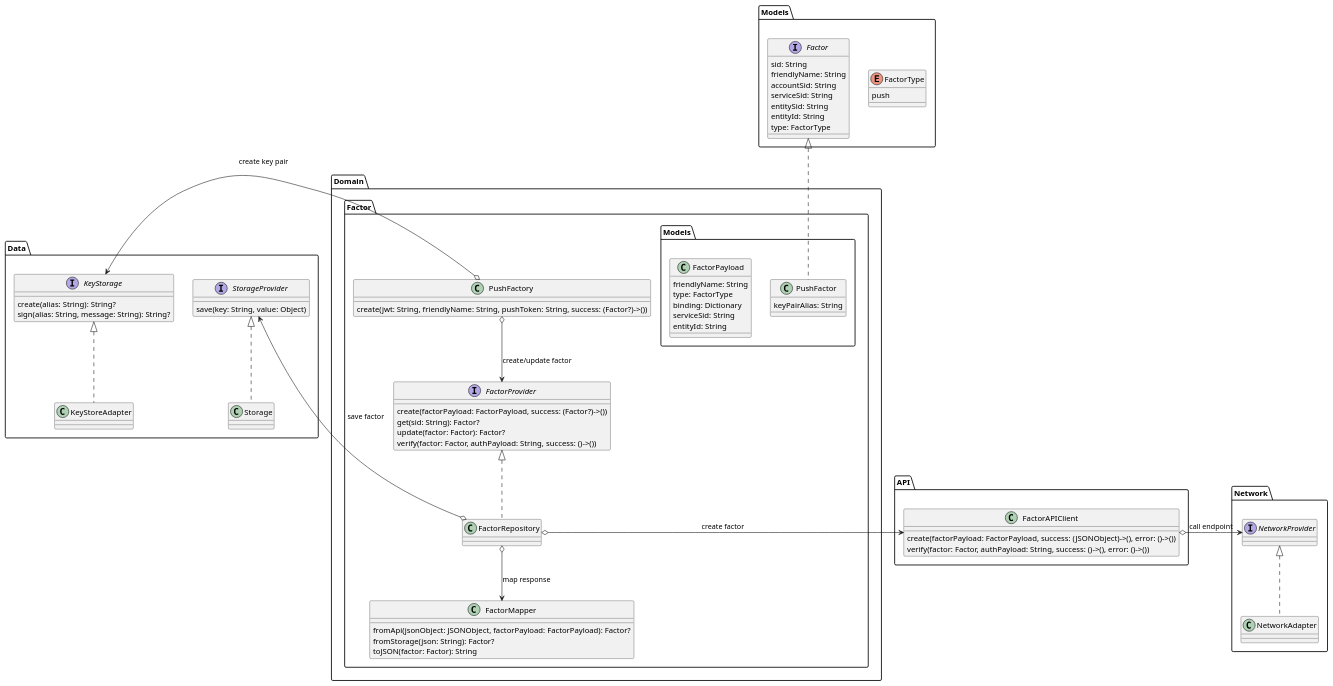
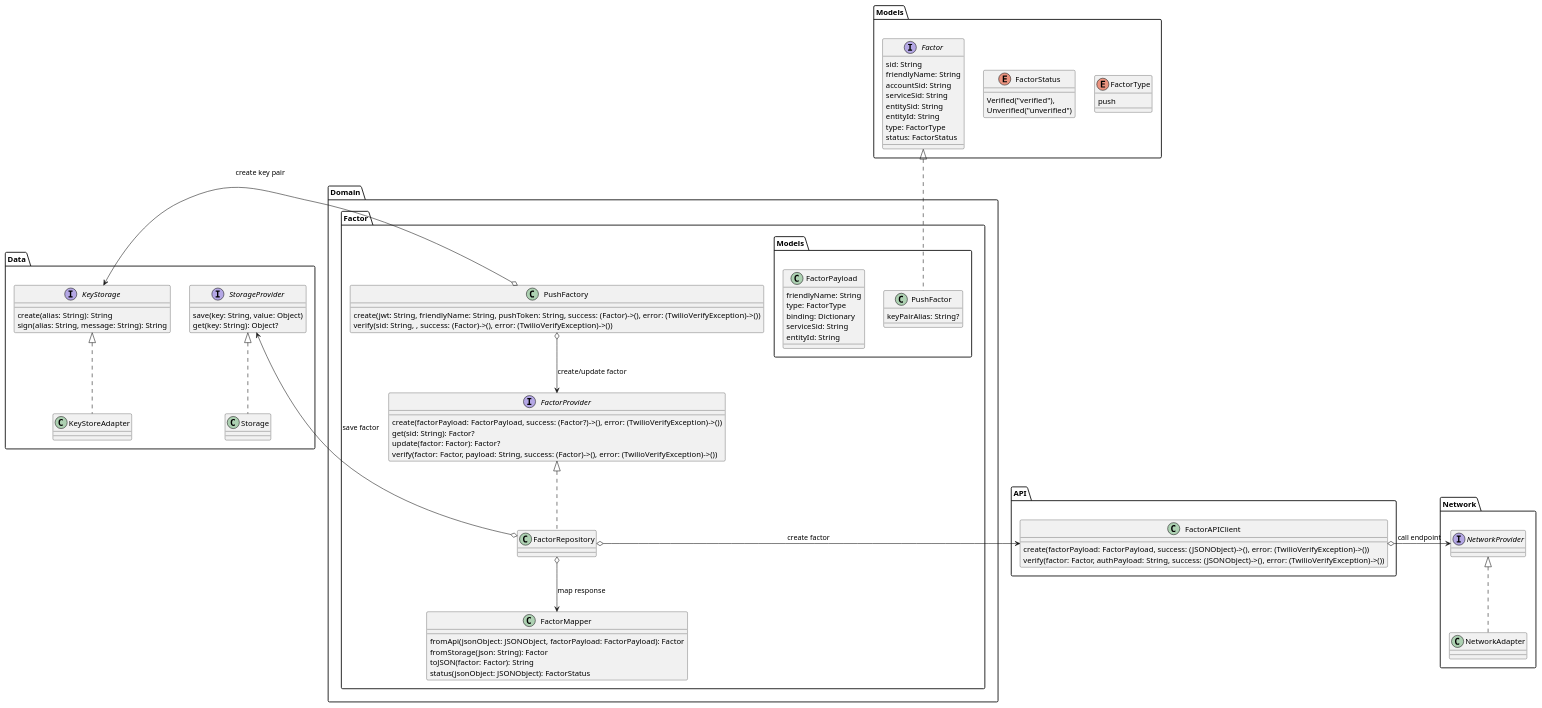
Before and after one commit to twilio/twilio-verify-android: the diagram in diagrams/CreatePushFactor/CreatePushFactor.wsd, drawn with PlantUML. The commit also changed 3 other files, not shown here.

Commit message:
Update diagrams (#27)

```diff
--- a/diagrams/CreatePushFactor/CreatePushFactor.wsd
+++ b/diagrams/CreatePushFactor/CreatePushFactor.wsd
@@ -1,67 +1,75 @@
 @startuml Create push factor
 enum Models.FactorType {
     push
+}
+enum Models.FactorStatus {
+    Verified("verified"),
+    Unverified("unverified")
 }
 interface Models.Factor {
     sid: String
     friendlyName: String
     accountSid: String
     serviceSid: String
     entitySid: String
     entityId: String
     type: FactorType
+    status: FactorStatus
 }
 class Domain.Factor.Models.PushFactor implements Models.Factor {
-    keyPairAlias: String
+    keyPairAlias: String?
 }
 class Domain.Factor.Models.FactorPayload {
     friendlyName: String
     type: FactorType
     binding: Dictionary
     serviceSid: String
     entityId: String
 }
 class Domain.Factor.FactorMapper {
-    fromApi(jsonObject: JSONObject, factorPayload: FactorPayload): Factor?
-    fromStorage(json: String): Factor?
+    fromApi(jsonObject: JSONObject, factorPayload: FactorPayload): Factor
+    fromStorage(json: String): Factor
     toJSON(factor: Factor): String
+    status(jsonObject: JSONObject): FactorStatus
 }
 class API.FactorAPIClient {
-    create(factorPayload: FactorPayload, success: (JSONObject)->(), error: ()->())
-    verify(factor: Factor, authPayload: String, success: ()->(), error: ()->())
+    create(factorPayload: FactorPayload, success: (JSONObject)->(), error: (TwilioVerifyException)->())
+    verify(factor: Factor, authPayload: String, success: (JSONObject)->(), error: (TwilioVerifyException)->())
 }
 class Network.NetworkAdapter implements Network.NetworkProvider {
 
 }
 interface Data.StorageProvider {
     save(key: String, value: Object)
+    get(key: String): Object?
 }
 class Data.Storage implements Data.StorageProvider {
 
 }
 interface Data.KeyStorage {
-    create(alias: String): String?
-    sign(alias: String, message: String): String?
+    create(alias: String): String
+    sign(alias: String, message: String): String
 }
 class Data.KeyStoreAdapter implements Data.KeyStorage {
 
 }
 interface Domain.Factor.FactorProvider {
-    create(factorPayload: FactorPayload, success: (Factor?)->())
+    create(factorPayload: FactorPayload, success: (Factor?)->(), error: (TwilioVerifyException)->())
     get(sid: String): Factor?
     update(factor: Factor): Factor?
-    verify(factor: Factor, authPayload: String, success: ()->())
+    verify(factor: Factor, payload: String, success: (Factor)->(), error: (TwilioVerifyException)->())
 }
 class Domain.Factor.FactorRepository implements Domain.Factor.FactorProvider {
 
 }
 class Domain.Factor.PushFactory {
-    create(jwt: String, friendlyName: String, pushToken: String, success: (Factor?)->())
+    create(jwt: String, friendlyName: String, pushToken: String, success: (Factor)->(), error: (TwilioVerifyException)->())
+    verify(sid: String, , success: (Factor)->(), error: (TwilioVerifyException)->())
 }
 Domain.Factor.PushFactory o-left-> Data.KeyStorage: create key pair
 Domain.Factor.PushFactory o--> Domain.Factor.FactorProvider: create/update factor
 Domain.Factor.FactorRepository o-left-> Data.StorageProvider: save factor
 Domain.Factor.FactorRepository o-right-> API.FactorAPIClient: create factor
 Domain.Factor.FactorRepository o--> Domain.Factor.FactorMapper: map response
 API.FactorAPIClient o-right-> Network.NetworkProvider: call endpoint
 @enduml
```
